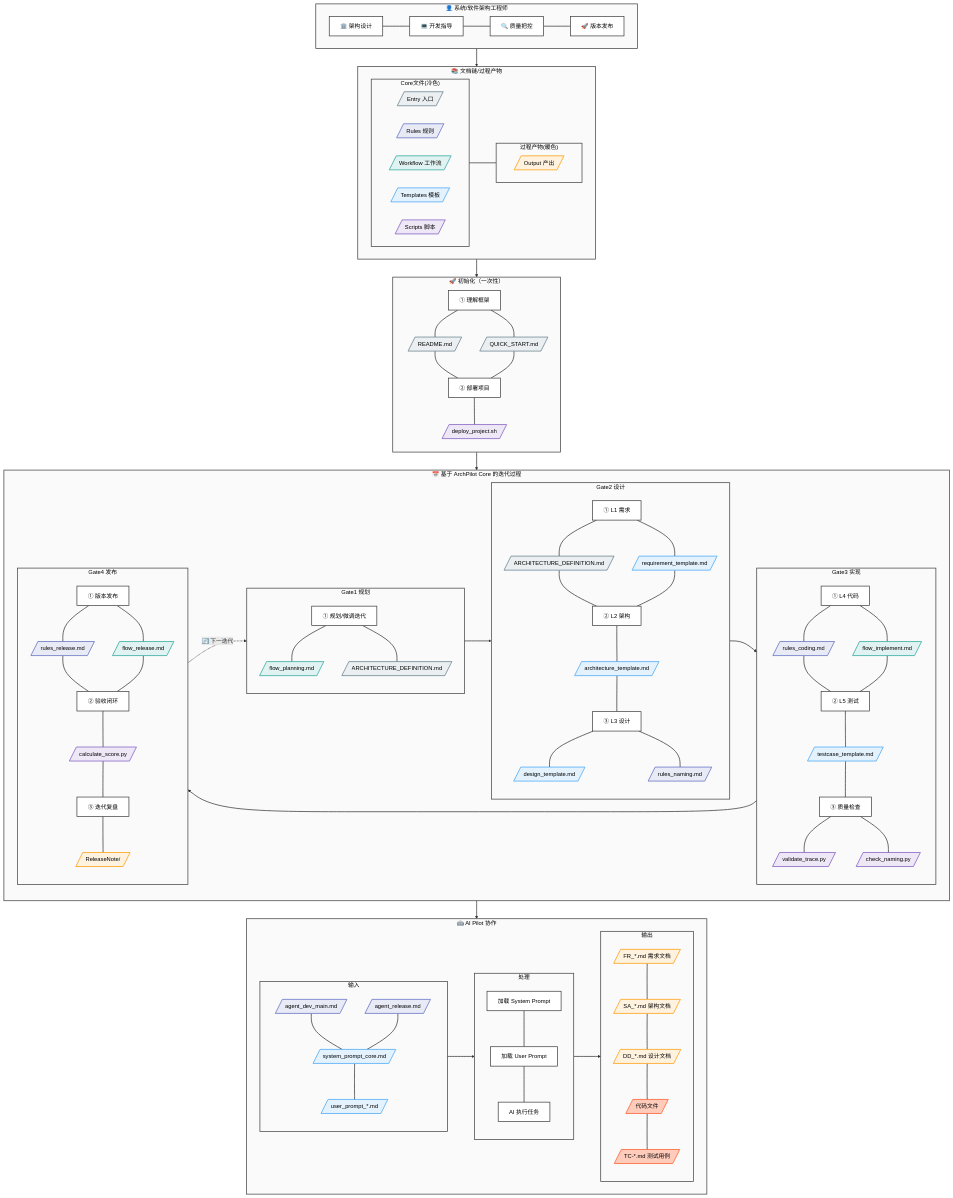
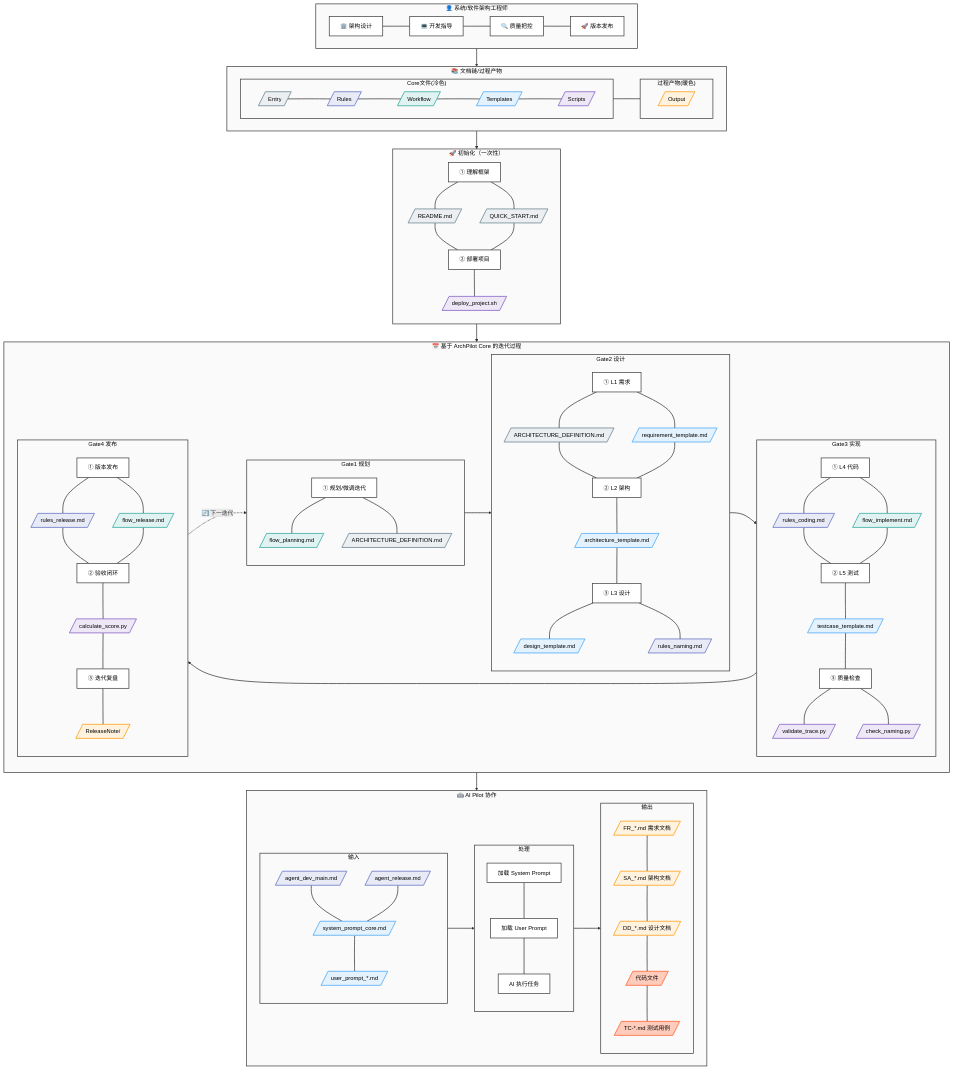
Before and after one commit to lukagithub/archpilot_core: the diagram in Governance/PILOT_GLOBAL_FLOW.mmd, drawn with Mermaid.

Commit message:
style: use horizontal layout for Legend subgraph - Simplify legend labels (remove Chinese descriptions) - Use ~~~ invisible links for horizontal alignment - Core files and Output side by side

```diff
--- a/Governance/PILOT_GLOBAL_FLOW.mmd
+++ b/Governance/PILOT_GLOBAL_FLOW.mmd
@@ -16,15 +16,11 @@
         direction LR
         subgraph LG1["Core文件(冷色)"]
             direction LR
-            L1[/"Entry 入口"/]
-            L2[/"Rules 规则"/]
-            L3[/"Workflow 工作流"/]
-            L4[/"Templates 模板"/]
-            L5[/"Scripts 脚本"/]
+            L1[/"Entry"/] ~~~ L2[/"Rules"/] ~~~ L3[/"Workflow"/] ~~~ L4[/"Templates"/] ~~~ L5[/"Scripts"/]
         end
         subgraph LG2["过程产物(暖色)"]
             direction LR
-            L6[/"Output 产出"/]
+            L6[/"Output"/]
         end
         LG1 ~~~ LG2
     end
```
